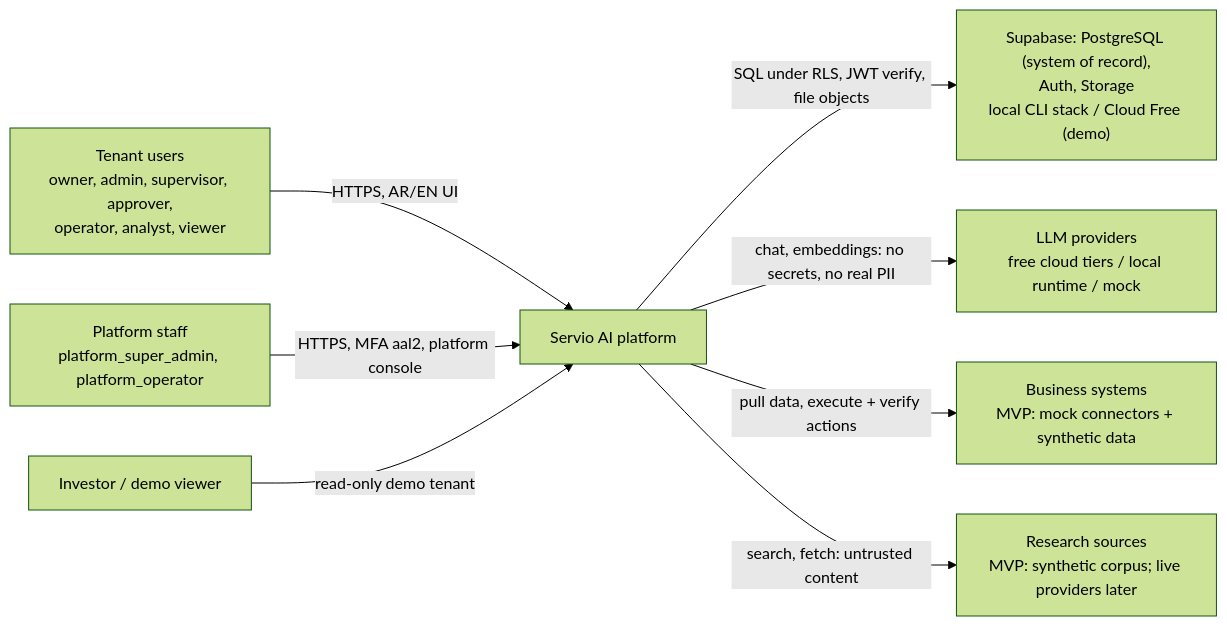
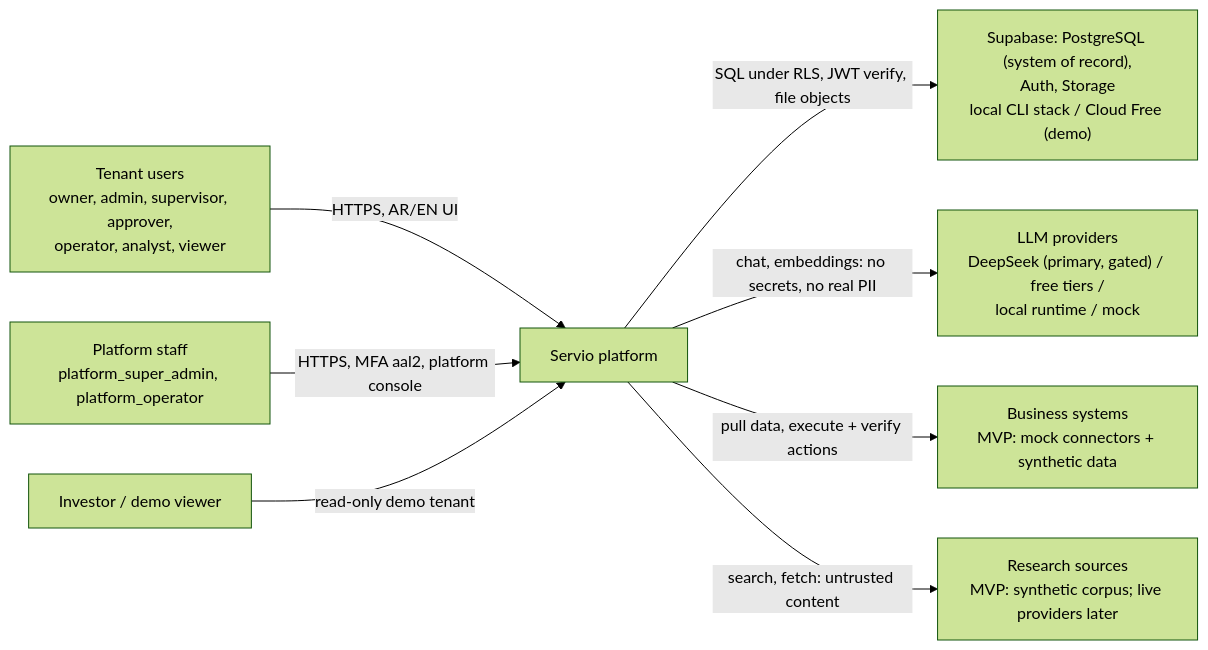
One commit to moamedmer68-commits/Servio changed the second of 8 diagrams in docs/planning/MASTER_PLAN.md. Above: the diagram before and after it, drawn with Mermaid (forest theme). The commit also changed other lines of this file and 2 other files, not shown here.

````diff
--- a/docs/planning/MASTER_PLAN.md
+++ b/docs/planning/MASTER_PLAN.md
@@ -719,18 +779,18 @@
 ```mermaid
 flowchart LR
     U["Tenant users<br/>owner, admin, supervisor, approver,<br/>operator, analyst, viewer"]
     PADM["Platform staff<br/>platform_super_admin, platform_operator"]
     INV["Investor / demo viewer"]
-    S["Servio AI platform"]
+    S["Servio platform"]
     SB["Supabase: PostgreSQL (system of record),<br/>Auth, Storage<br/>local CLI stack / Cloud Free (demo)"]
-    LLM["LLM providers<br/>free cloud tiers / local runtime / mock"]
+    LLM["LLM providers<br/>DeepSeek (primary, gated) / free tiers /<br/>local runtime / mock"]
     SRC["Business systems<br/>MVP: mock connectors + synthetic data"]
     RES["Research sources<br/>MVP: synthetic corpus; live providers later"]
     U -->|HTTPS, AR/EN UI| S
     PADM -->|HTTPS, MFA aal2, platform console| S
     INV -->|read-only demo tenant| S
     S -->|SQL under RLS, JWT verify, file objects| SB
     S -->|chat, embeddings: no secrets, no real PII| LLM
     S -->|pull data, execute + verify actions| SRC
     S -->|search, fetch: untrusted content| RES
 ```
````
